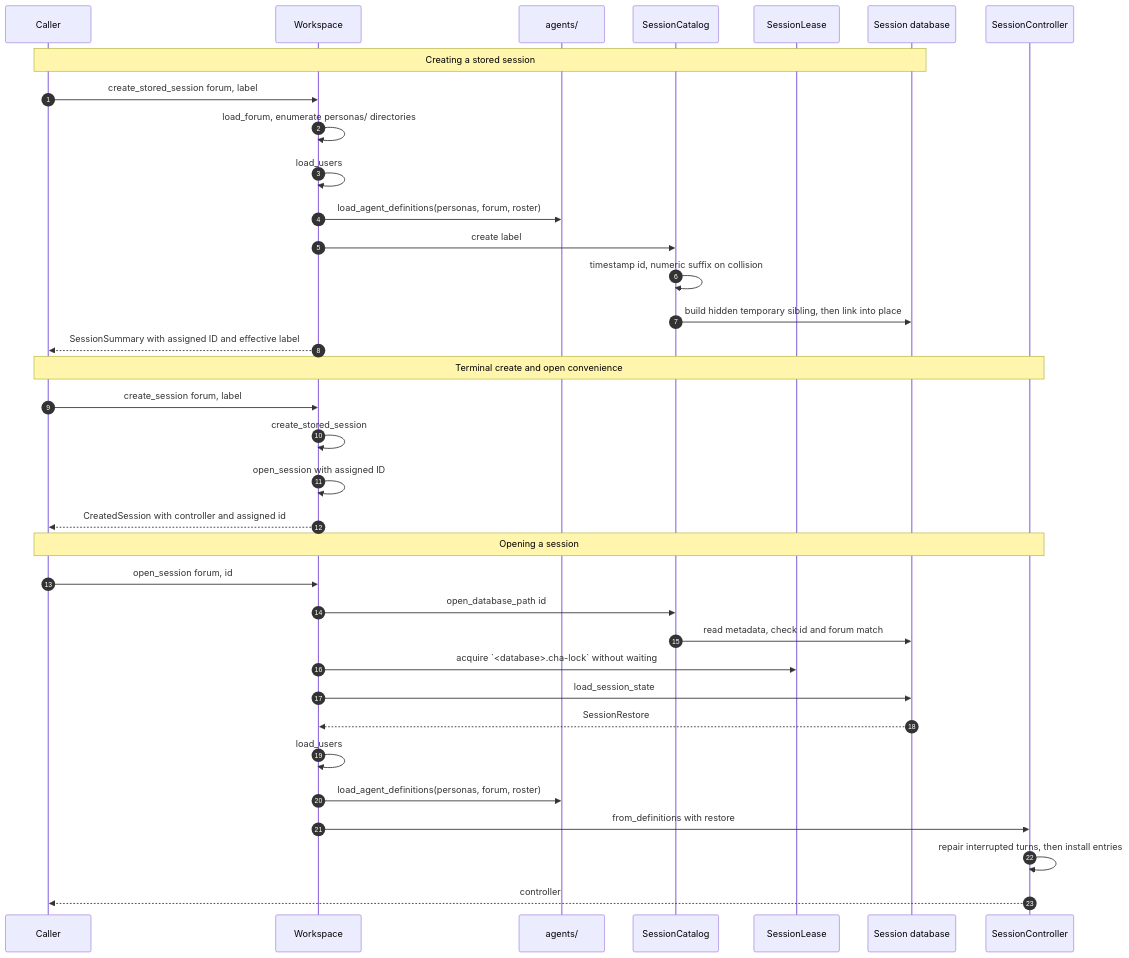
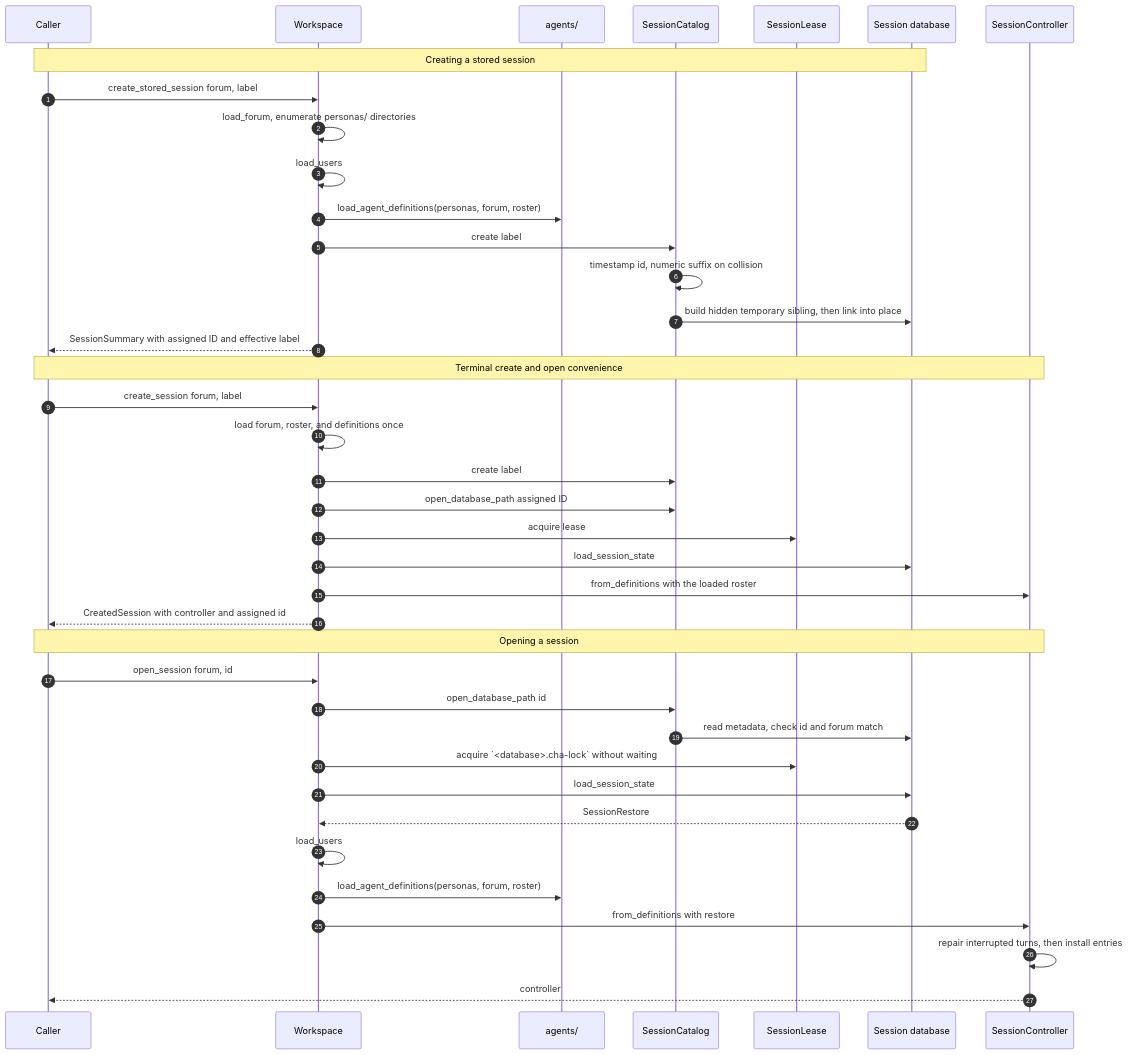
The second of 4 diagrams in src/session/README.md (michaelpopov/cha), drawn with Mermaid before and after one commit. The commit also changed other lines of this file and 41 other files, not shown here.

````diff
--- a/src/session/README.md
+++ b/src/session/README.md
@@ -95,40 +95,44 @@
 ```mermaid
 sequenceDiagram
     autonumber
     participant UI as Caller
     participant WS as Workspace
     participant AG as agents/
     participant SC as SessionCatalog
     participant SL as SessionLease
     participant DB as Session database
     participant CC as SessionController
 
     Note over UI,DB: Creating a stored session
     UI->>WS: create_stored_session forum, label
     WS->>WS: load_forum, enumerate personas/ directories
     WS->>WS: load_users
     WS->>AG: load_agent_definitions(personas, forum, roster)
     WS->>SC: create label
     SC->>SC: timestamp id, numeric suffix on collision
     SC->>DB: build hidden temporary sibling, then link into place
     WS-->>UI: SessionSummary with assigned ID and effective label
 
     Note over UI,CC: Terminal create and open convenience
     UI->>WS: create_session forum, label
-    WS->>WS: create_stored_session
-    WS->>WS: open_session with assigned ID
+    WS->>WS: load forum, roster, and definitions once
+    WS->>SC: create label
+    WS->>SC: open_database_path assigned ID
+    WS->>SL: acquire lease
+    WS->>DB: load_session_state
+    WS->>CC: from_definitions with the loaded roster
     WS-->>UI: CreatedSession with controller and assigned id
 
     Note over UI,CC: Opening a session
     UI->>WS: open_session forum, id
     WS->>SC: open_database_path id
     SC->>DB: read metadata, check id and forum match
     WS->>SL: acquire `<database>.cha-lock` without waiting
     WS->>DB: load_session_state
     DB-->>WS: SessionRestore
     WS->>WS: load_users
     WS->>AG: load_agent_definitions(personas, forum, roster)
     WS->>CC: from_definitions with restore
     CC->>CC: repair interrupted turns, then install entries
     CC-->>UI: controller
 ```
````
